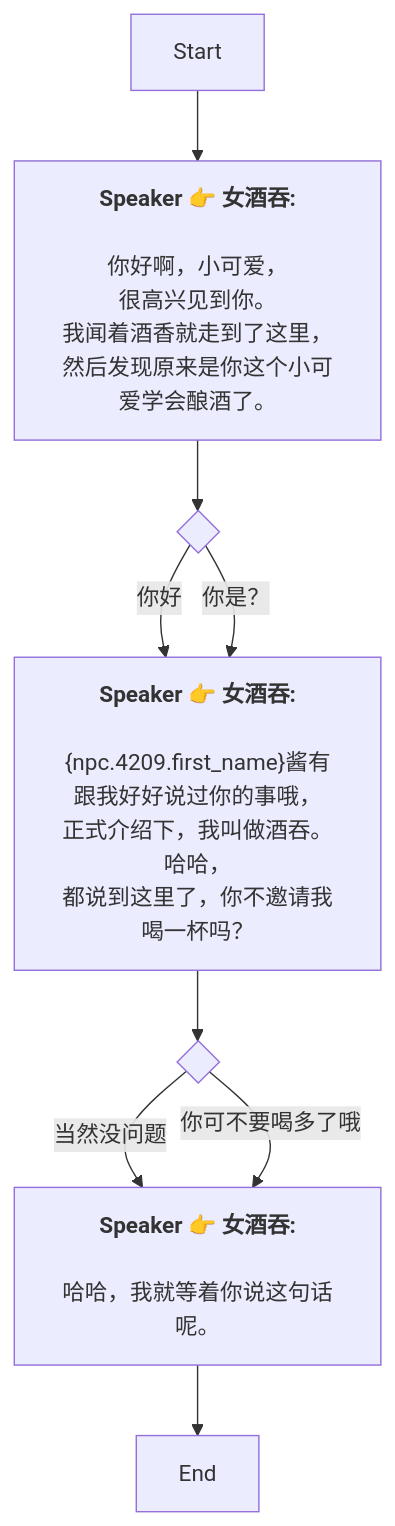
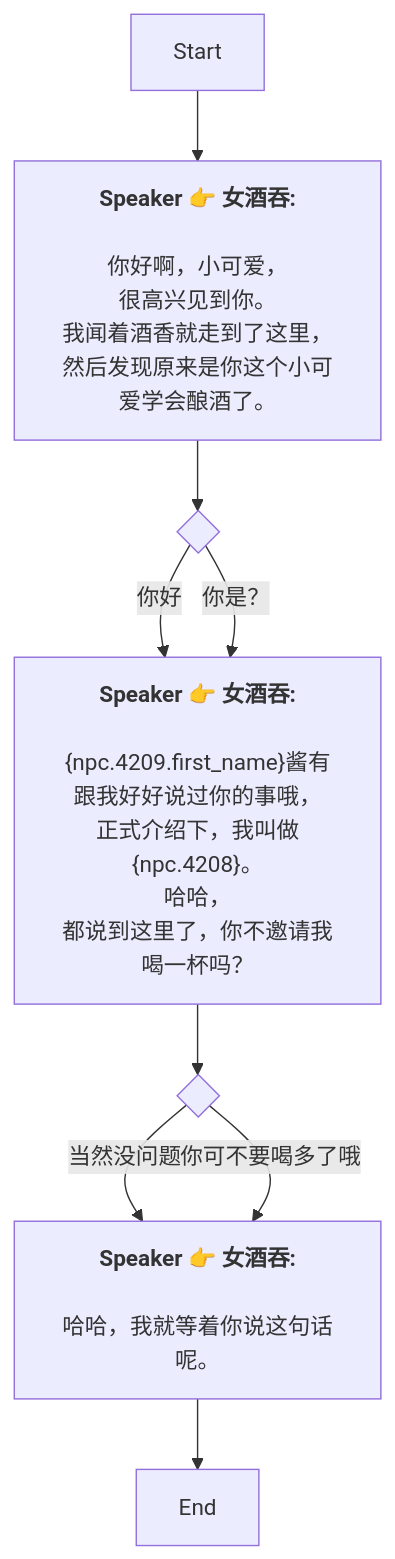
The diagram in Zh/QuestStartTalkENode_1754563439787790.md (SoftHu/tos_avg), drawn with Mermaid before and after one commit. The commit also changed 199 other files, not shown here.

````diff
--- a/Zh/QuestStartTalkENode_1754563439787790.md
+++ b/Zh/QuestStartTalkENode_1754563439787790.md
@@ -1,31 +1,31 @@
 ```mermaid
 graph
 Start -->1754563588606737[<b>Speaker 👉 女酒吞:</b>
 
 你好啊，小可爱，
 很高兴见到你。
 我闻着酒香就走到了这里，
 然后发现原来是你这个小可爱学会酿酒了。]
 1754563588606737 -->1754563737564946{ }
 1754563737564946 -->|你好|1754563748030231[<b>Speaker 👉 女酒吞:</b>
 
 &lbrace;npc.4209.first_name&rbrace;酱有跟我好好说过你的事哦，
-正式介绍下，我叫做酒吞。
+正式介绍下，我叫做&lbrace;npc.4208&rbrace;。
 哈哈，
 都说到这里了，你不邀请我喝一杯吗？]
 1754563737564946 -->|你是？|1754563748030231[<b>Speaker 👉 女酒吞:</b>
 
 &lbrace;npc.4209.first_name&rbrace;酱有跟我好好说过你的事哦，
-正式介绍下，我叫做酒吞。
+正式介绍下，我叫做&lbrace;npc.4208&rbrace;。
 哈哈，
 都说到这里了，你不邀请我喝一杯吗？]
 1754563748030231 -->1754563779463960{ }
 1754563779463960 -->|当然没问题|1754563823673117[<b>Speaker 👉 女酒吞:</b>
 
 哈哈，我就等着你说这句话呢。]
 1754563779463960 -->|你可不要喝多了哦|1754563823673117[<b>Speaker 👉 女酒吞:</b>
 
 哈哈，我就等着你说这句话呢。]
 1754563823673117 -->1754563839989534[End]
 
  ```
````
